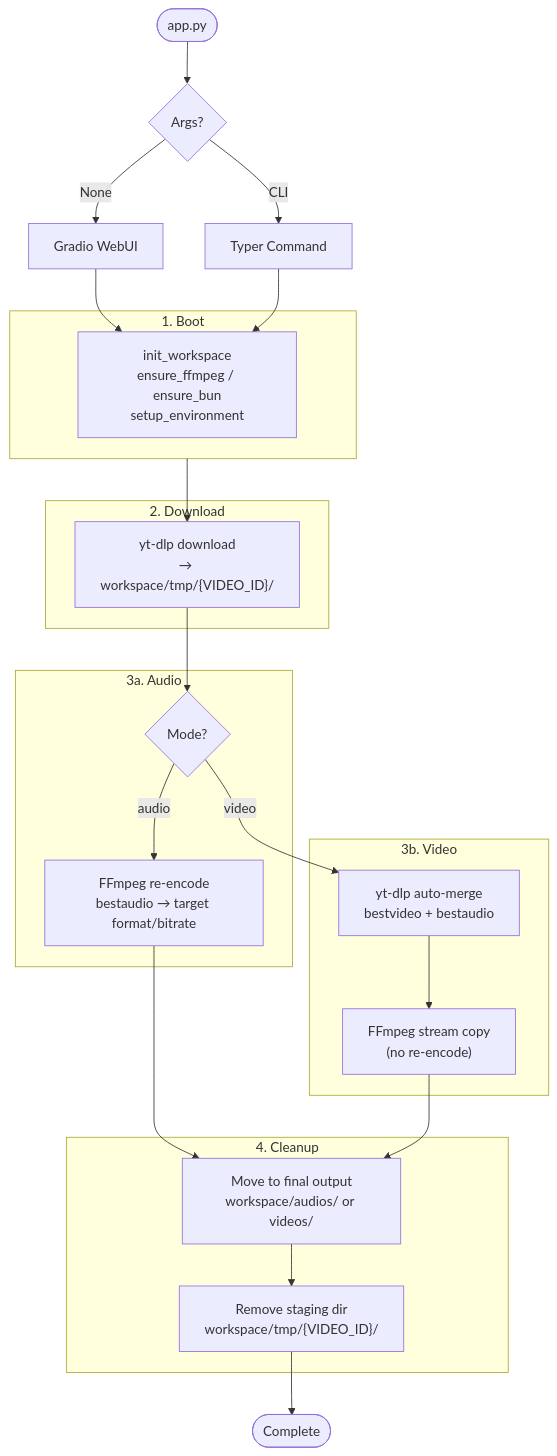
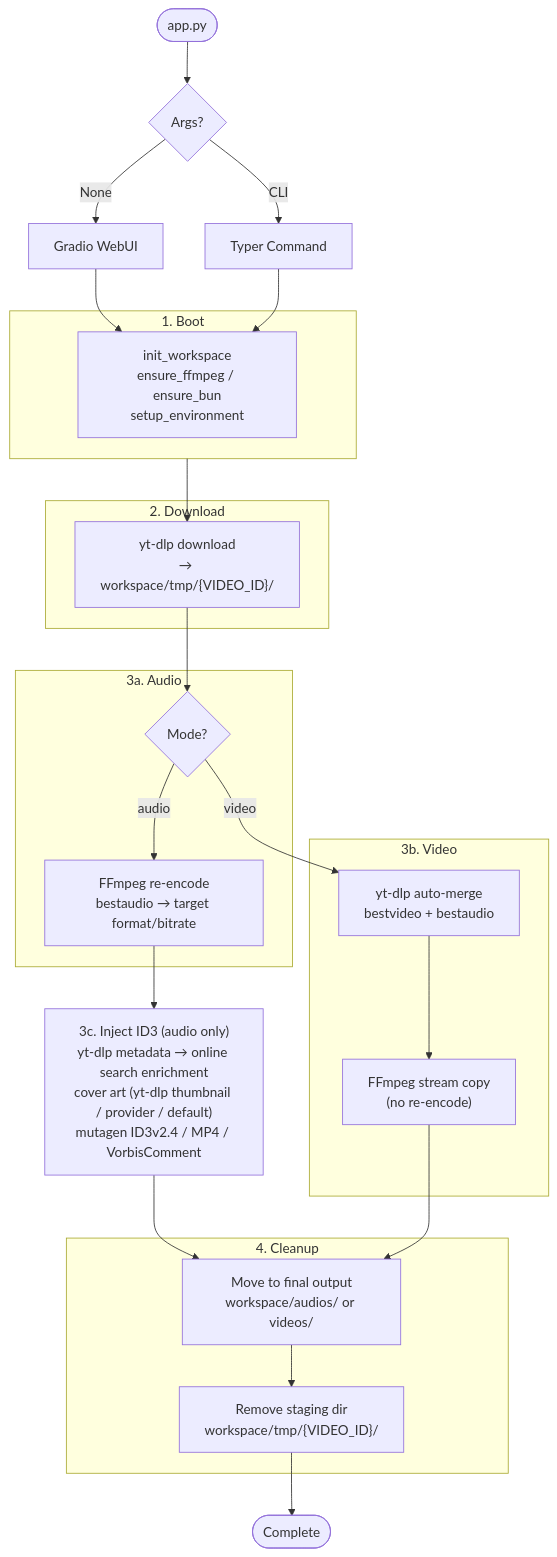
Before and after one commit to dimaskiddo/yt-dl: the first of 7 diagrams in docs/WORKFLOWS.md, drawn with Mermaid. The commit also changed other lines of this file and 4 other files, not shown here.

````diff
--- a/docs/WORKFLOWS.md
+++ b/docs/WORKFLOWS.md
@@ -9,37 +9,38 @@
 ```mermaid
 flowchart TD
     Start([app.py]) --> Route{Args?}
     Route -- "None" --> WebUI[Gradio WebUI]
     Route -- "CLI" --> CLI[Typer Command]
     WebUI --> Boot
     CLI --> Boot
 
     subgraph S1["1. Boot"]
         Boot["init_workspace<br/>ensure_ffmpeg / ensure_bun<br/>setup_environment"]
     end
 
     S1 --> Download
     subgraph S2["2. Download"]
         Download["yt-dlp download<br/>→ workspace/tmp/{VIDEO_ID}/"]
     end
 
     Download --> Mode{Mode?}
 
     subgraph S3A["3a. Audio"]
         Mode -- "audio" --> Encode["FFmpeg re-encode<br/>bestaudio → target format/bitrate"]
     end
 
     subgraph S3B["3b. Video"]
         Mode -- "video" --> Merge["yt-dlp auto-merge<br/>bestvideo + bestaudio"]
         Merge --> Copy["FFmpeg stream copy<br/>(no re-encode)"]
     end
 
-    Encode --> Move["Move to final output<br/>workspace/audios/ or videos/"]
+    Encode --> Tag["3c. Inject ID3 (audio only)<br/>yt-dlp metadata → online search enrichment<br/>cover art (yt-dlp thumbnail / provider / default)<br/>mutagen ID3v2.4 / MP4 / VorbisComment"]
+    Tag --> Move
     Copy --> Move
 
     subgraph S4["4. Cleanup"]
-        Move --> Cleanup["Remove staging dir<br/>workspace/tmp/{VIDEO_ID}/"]
+        Move["Move to final output<br/>workspace/audios/ or videos/"] --> Cleanup["Remove staging dir<br/>workspace/tmp/{VIDEO_ID}/"]
     end
 
     Cleanup --> Done([Complete])
 ```
````
